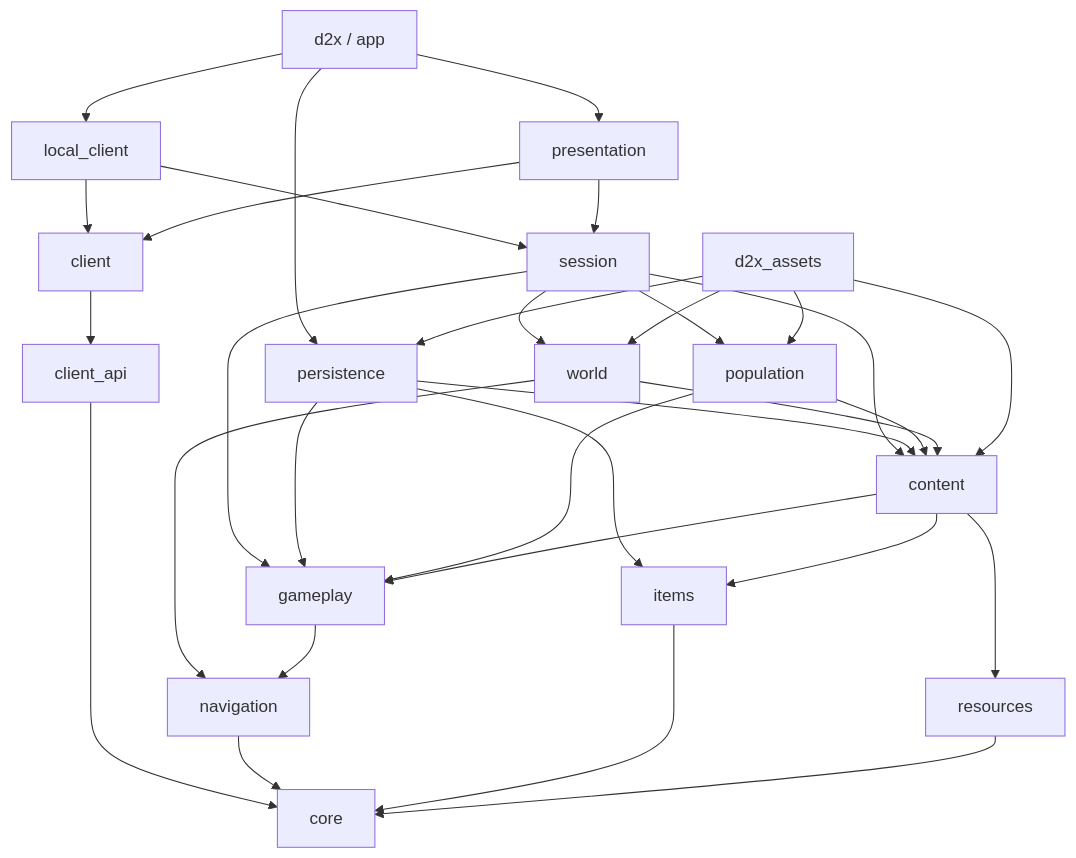
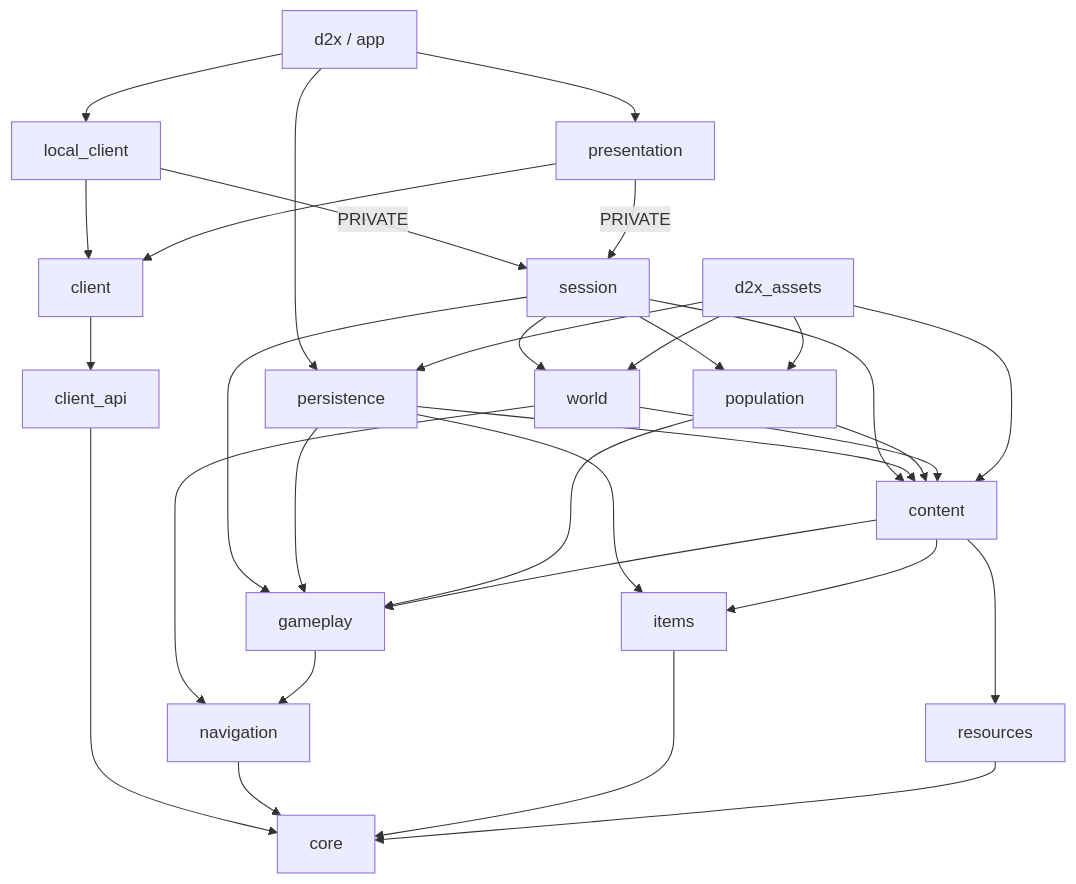
One commit to bombzj/d2x changed the diagram in docs/ARCHITECTURE.md. Above: the diagram before and after it, drawn with Mermaid. The commit also changed other lines of this file and 266 other files, not shown here.

````diff
--- a/docs/ARCHITECTURE.md
+++ b/docs/ARCHITECTURE.md
@@ -38,34 +44,34 @@
 ```mermaid
 flowchart TD
     app["d2x / app"] --> presentation
     app --> persistence
     app --> local_client
     local_client --> client
     client --> client_api
-    local_client --> session
+    local_client -->|PRIVATE| session
     presentation --> client
     client_api --> core
-    presentation --> session
+    presentation -->|PRIVATE| session
     session --> gameplay
     session --> world
     session --> content
     session --> population
     persistence --> gameplay
     persistence --> items
     persistence --> content
     population --> content
     population --> gameplay
     world --> content
     world --> navigation
     content --> resources
     content --> items
     content --> gameplay
     gameplay --> navigation
     navigation --> core
     items --> core
     resources --> core
     assets["d2x_assets"] --> content
     assets --> world
     assets --> population
     assets --> persistence
 ```
````
